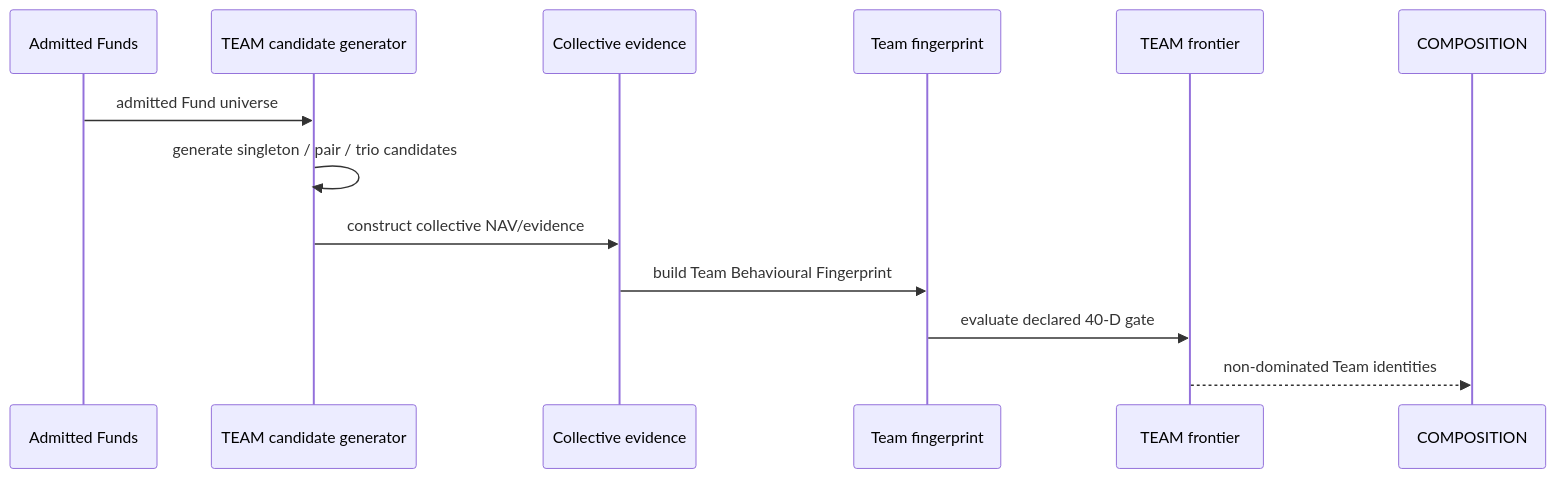
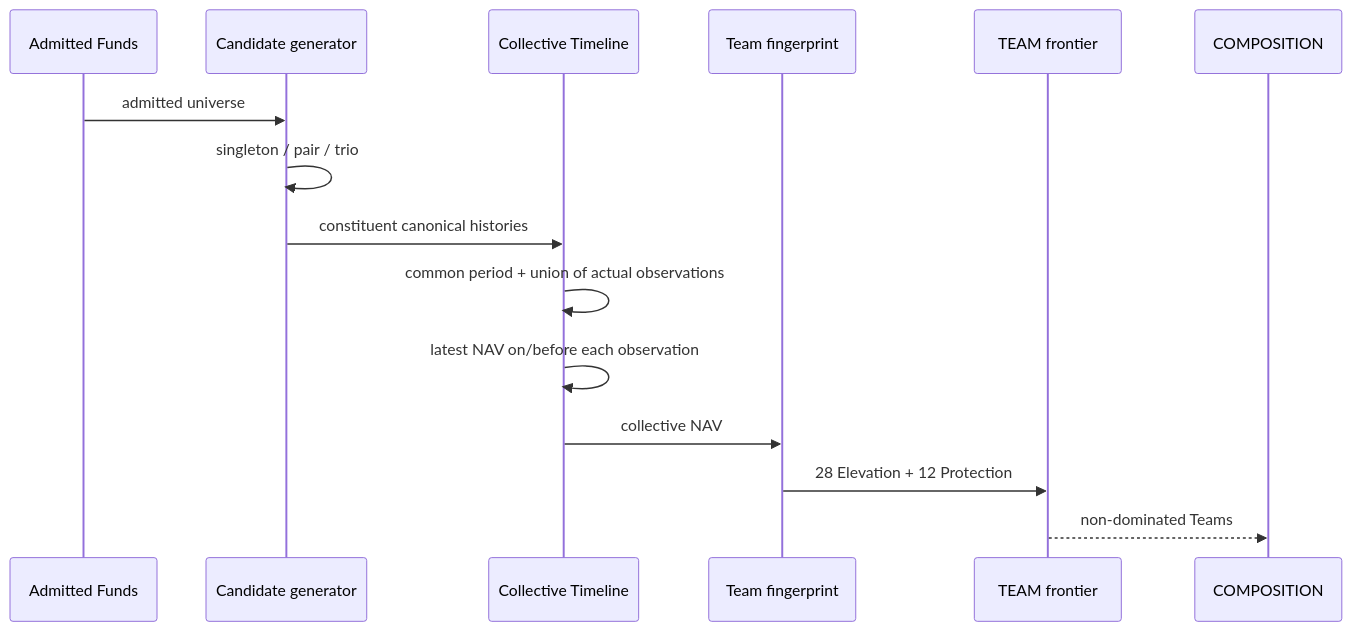
One commit to rrajeshkannan/lakshya changed the sixth of 13 diagrams in docs/Lakshya_Pipeline_Sequence.md. Above: the diagram before and after it, drawn with Mermaid. The commit also changed other lines of this file, not shown here.

Commit message:
DOCS: extend pipeline sequence through transition boundary

````diff
--- a/docs/Lakshya_Pipeline_Sequence.md
+++ b/docs/Lakshya_Pipeline_Sequence.md
@@ -218,16 +191,18 @@
 ```mermaid
 sequenceDiagram
     participant Funds as Admitted Funds
-    participant TeamGen as TEAM candidate generator
-    participant Evidence as Collective evidence
+    participant TeamGen as Candidate generator
+    participant Timeline as Collective Timeline
     participant Fingerprint as Team fingerprint
     participant Frontier as TEAM frontier
     participant Composition as COMPOSITION
 
-    Funds->>TeamGen: admitted Fund universe
-    TeamGen->>TeamGen: generate singleton / pair / trio candidates
-    TeamGen->>Evidence: construct collective NAV/evidence
-    Evidence->>Fingerprint: build Team Behavioural Fingerprint
-    Fingerprint->>Frontier: evaluate declared 40-D gate
-    Frontier-->>Composition: non-dominated Team identities
+    Funds->>TeamGen: admitted universe
+    TeamGen->>TeamGen: singleton / pair / trio
+    TeamGen->>Timeline: constituent canonical histories
+    Timeline->>Timeline: common period + union of actual observations
+    Timeline->>Timeline: latest NAV on/before each observation
+    Timeline->>Fingerprint: collective NAV
+    Fingerprint->>Frontier: 28 Elevation + 12 Protection
+    Frontier-->>Composition: non-dominated Teams
 ```
````
